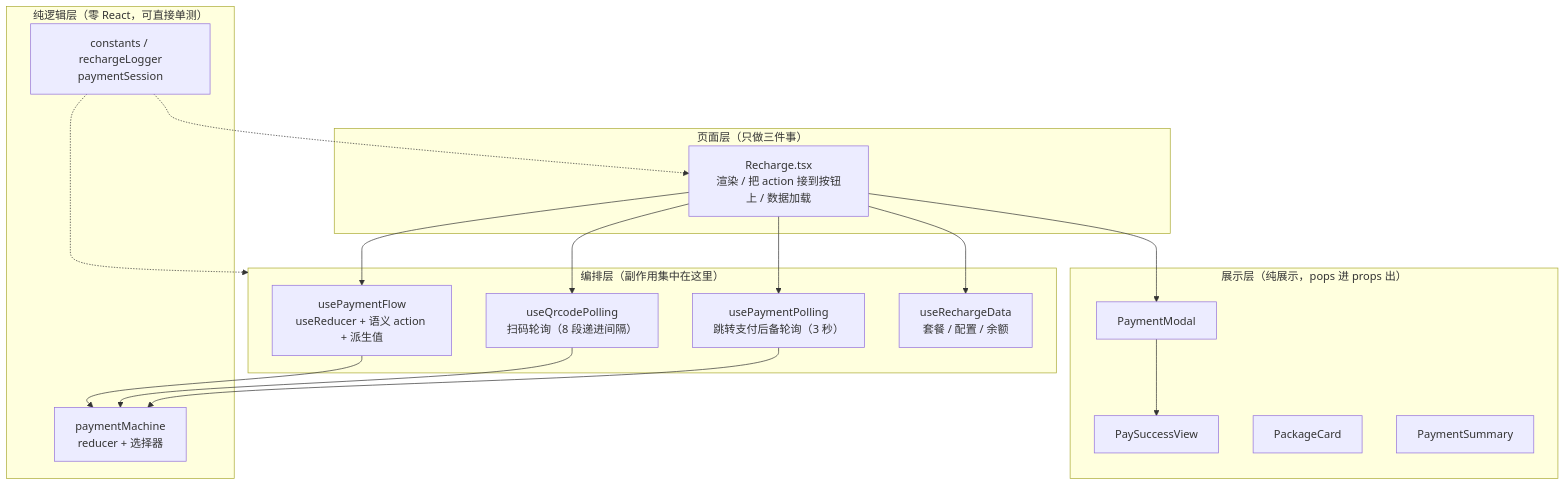
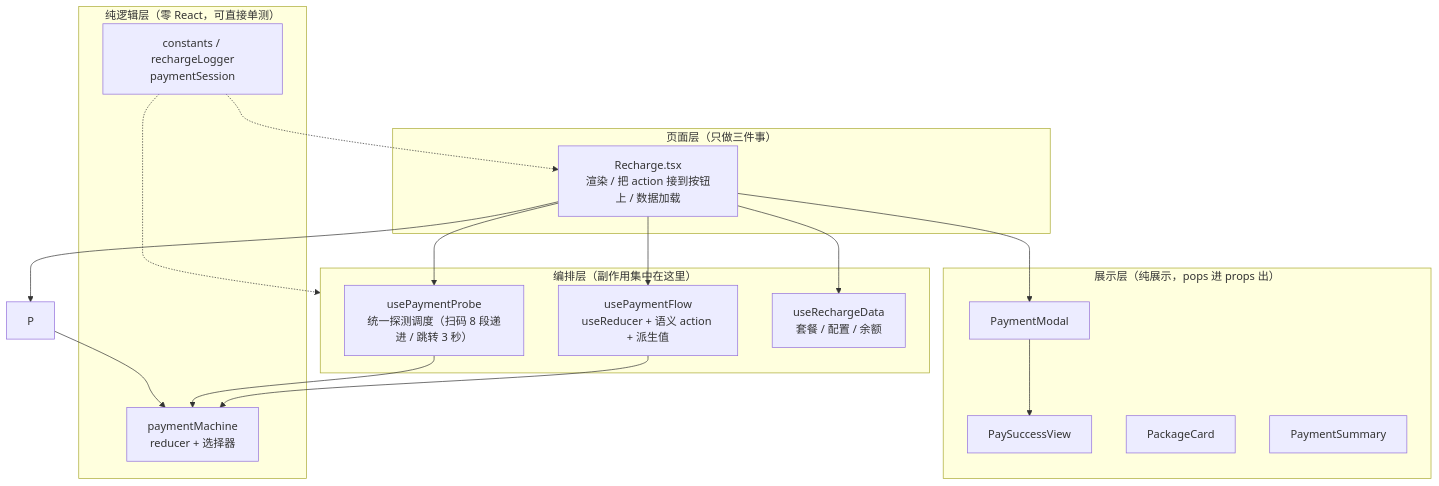
The third of 7 diagrams in api-platform/docs/payment-flow-architecture.md (ht182400-creator/API-Agent), drawn with Mermaid before and after one commit. The commit also changed other lines of this file and 15 other files, not shown here.

````diff
--- a/api-platform/docs/payment-flow-architecture.md
+++ b/api-platform/docs/payment-flow-architecture.md
@@ -96,37 +96,36 @@
 ```mermaid
 flowchart TB
     subgraph PAGE["页面层（只做三件事）"]
       R["Recharge.tsx<br/>渲染 / 把 action 接到按钮上 / 数据加载"]
     end
 
     subgraph HOOK["编排层（副作用集中在这里）"]
       F["usePaymentFlow<br/>useReducer + 语义 action + 派生值"]
-      Q["useQrcodePolling<br/>扫码轮询（8 段递进间隔）"]
-      P["usePaymentPolling<br/>跳转支付后备轮询（3 秒）"]
+      Q["usePaymentProbe<br/>统一探测调度（扫码 8 段递进 / 跳转 3 秒）"]
       D["useRechargeData<br/>套餐 / 配置 / 余额"]
     end
 
     subgraph PURE["纯逻辑层（零 React，可直接单测）"]
       M["paymentMachine<br/>reducer + 选择器"]
       K["constants / rechargeLogger<br/>paymentSession"]
     end
 
     subgraph VIEW["展示层（纯展示，pops 进 props 出）"]
       V1["PaymentModal"]
       V2["PaySuccessView"]
       V3["PackageCard"]
       V4["PaymentSummary"]
     end
 
     R --> F
     R --> Q
     R --> P
     R --> D
     R --> V1
     V1 --> V2
     F --> M
     Q --> M
     P --> M
     K -.-> R
     K -.-> HOOK
 ```
````
